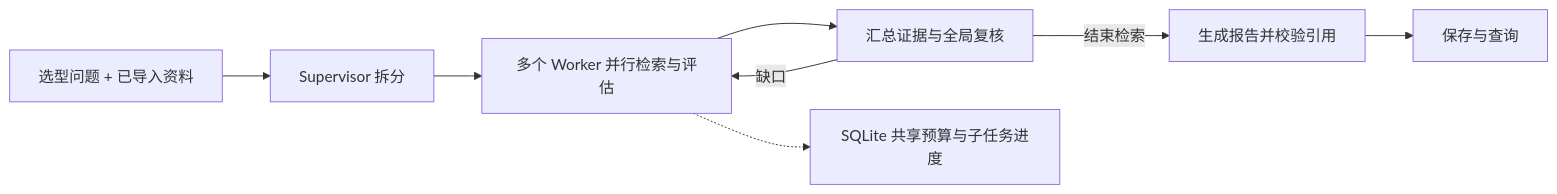
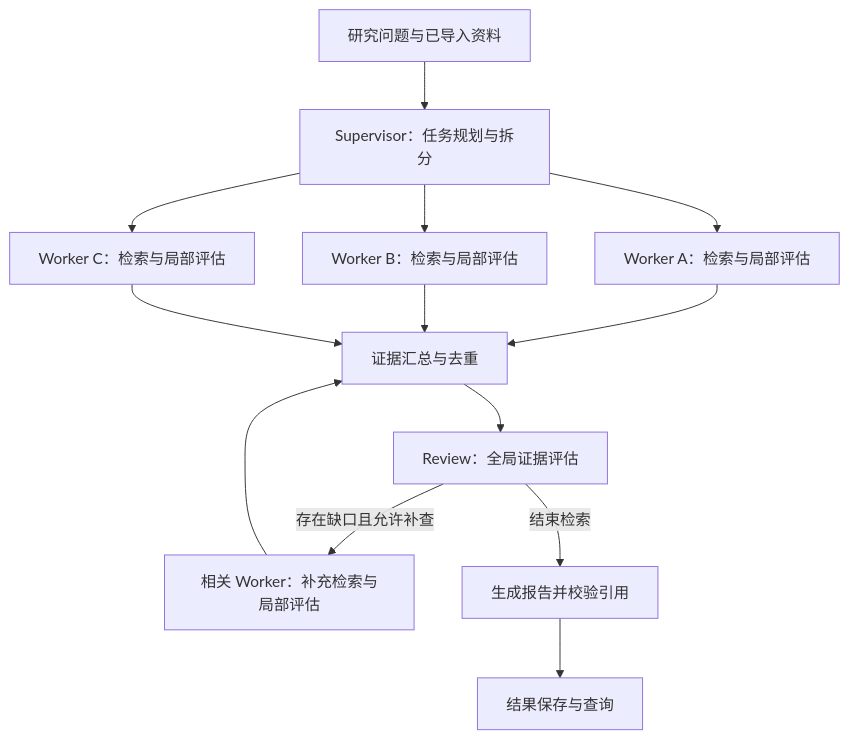
The diagram in docs/AI_APPLICATION_CASE_ZH.md (qianmu233/research-pilot), drawn with Mermaid before and after one commit. The commit also changed other lines of this file, not shown here.

````diff
--- a/docs/AI_APPLICATION_CASE_ZH.md
+++ b/docs/AI_APPLICATION_CASE_ZH.md
@@ -9,10 +19,15 @@
 ```mermaid
-flowchart LR
-    A["选型问题 + 已导入资料"] --> S["Supervisor 拆分"]
-    S --> W["多个 Worker 并行检索与评估"]
-    W --> R["汇总证据与全局复核"]
-    R -->|缺口| W
-    R -->|结束检索| P["生成报告并校验引用"]
-    P --> Q["保存与查询"]
-    W -.-> D["SQLite 共享预算与子任务进度"]
+flowchart TD
+    A["研究问题与已导入资料"] --> S["Supervisor：任务规划与拆分"]
+    S --> W1["Worker A：检索与局部评估"]
+    S --> W2["Worker B：检索与局部评估"]
+    S --> W3["Worker C：检索与局部评估"]
+    W1 --> M["证据汇总与去重"]
+    W2 --> M
+    W3 --> M
+    M --> R["Review：全局证据评估"]
+    R -->|"存在缺口且允许补查"| T["相关 Worker：补充检索与局部评估"]
+    T --> M
+    R -->|"结束检索"| P["生成报告并校验引用"]
+    P --> Q["结果保存与查询"]
 ```
````
